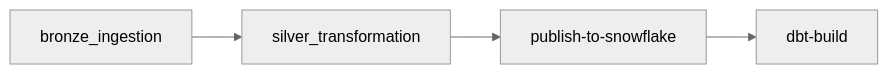
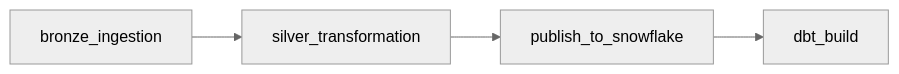
One commit to lracine93-ghub/The-Lake-House changed the second of 2 diagrams in README.md. Above: the diagram before and after it, drawn with Mermaid (neutral theme). The commit also changed other lines of this file, not shown here.

Commit message:
docs: document production lakehouse architecture

````diff
--- a/README.md
+++ b/README.md
@@ -38,6 +57,6 @@
 ```mermaid
 flowchart LR
     A["bronze_ingestion"] --> B["silver_transformation"]
-    B --> C["publish-to-snowflake"]
-    C --> D["dbt-build"]
+    B --> C["publish_to_snowflake"]
+    C --> D["dbt_build"]
 ```
````
